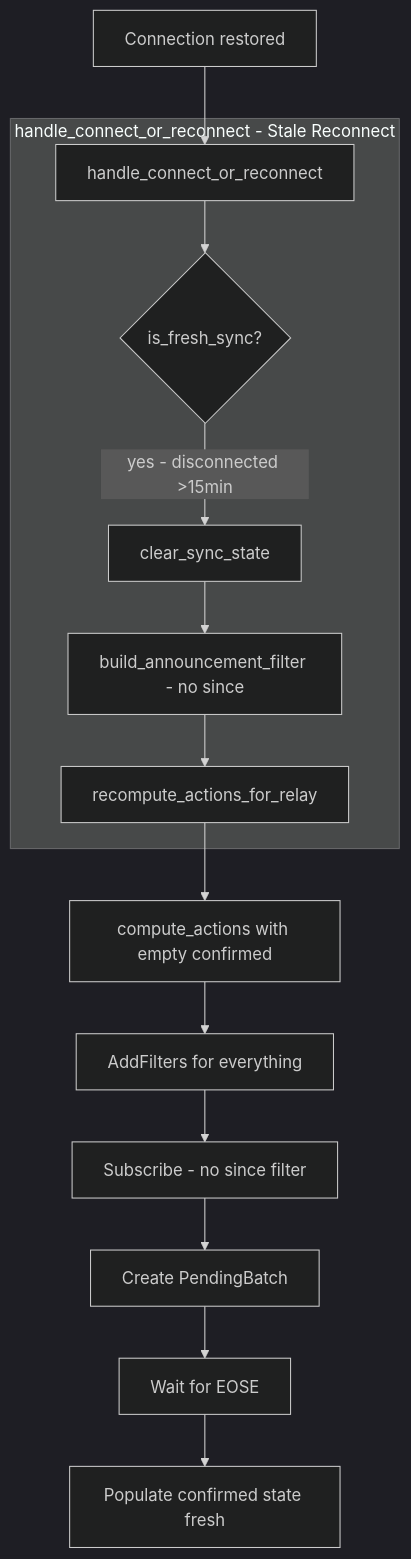
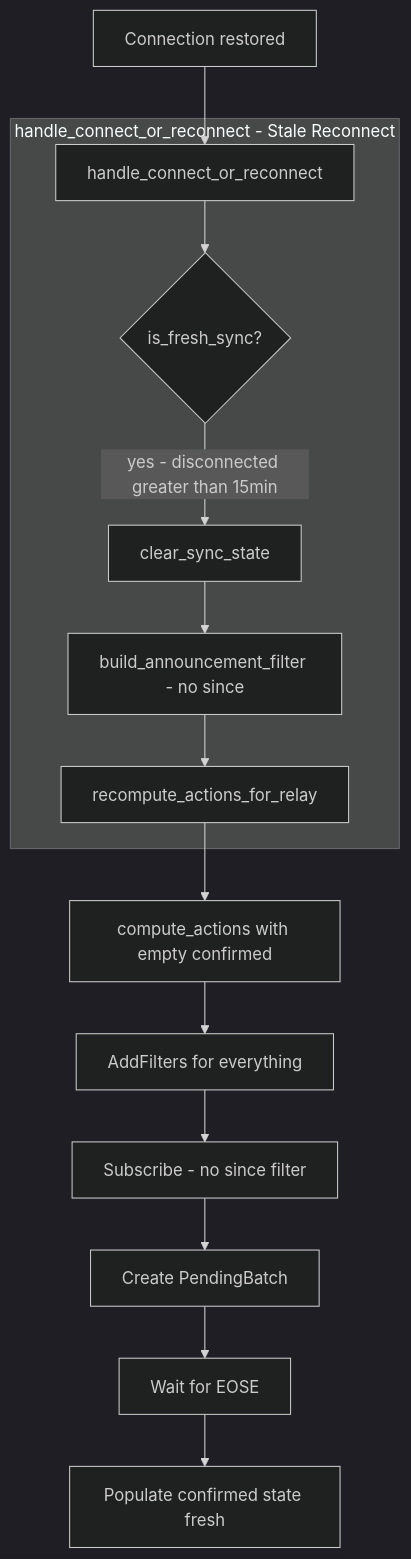
One commit to Pleb5/ngit-grasp changed the fourth of 7 diagrams in docs/explanation/grasp-02-proactive-sync.md. Above: the diagram before and after it, drawn with Mermaid (dark theme). The commit also changed other lines of this file and 1 other file, not shown here.

````diff
--- a/docs/explanation/grasp-02-proactive-sync.md
+++ b/docs/explanation/grasp-02-proactive-sync.md
@@ -205,18 +205,18 @@
 ```mermaid
 flowchart TB
     RECONN[Connection restored] --> HC[handle_connect_or_reconnect]
 
     subgraph handle_connect_or_reconnect - Stale Reconnect
         HC --> CHECK{is_fresh_sync?}
-        CHECK --> |yes - disconnected >15min| CLEAR[clear_sync_state]
+        CHECK --> |yes - disconnected greater than 15min| CLEAR[clear_sync_state]
         CLEAR --> L1[build_announcement_filter - no since]
         L1 --> RCA[recompute_actions_for_relay]
     end
 
     RCA --> CA[compute_actions with empty confirmed]
     CA --> AF[AddFilters for everything]
     AF --> SUB[Subscribe - no since filter]
     SUB --> PB[Create PendingBatch]
     PB --> EOSE[Wait for EOSE]
     EOSE --> CONFIRM[Populate confirmed state fresh]
 ```
````
